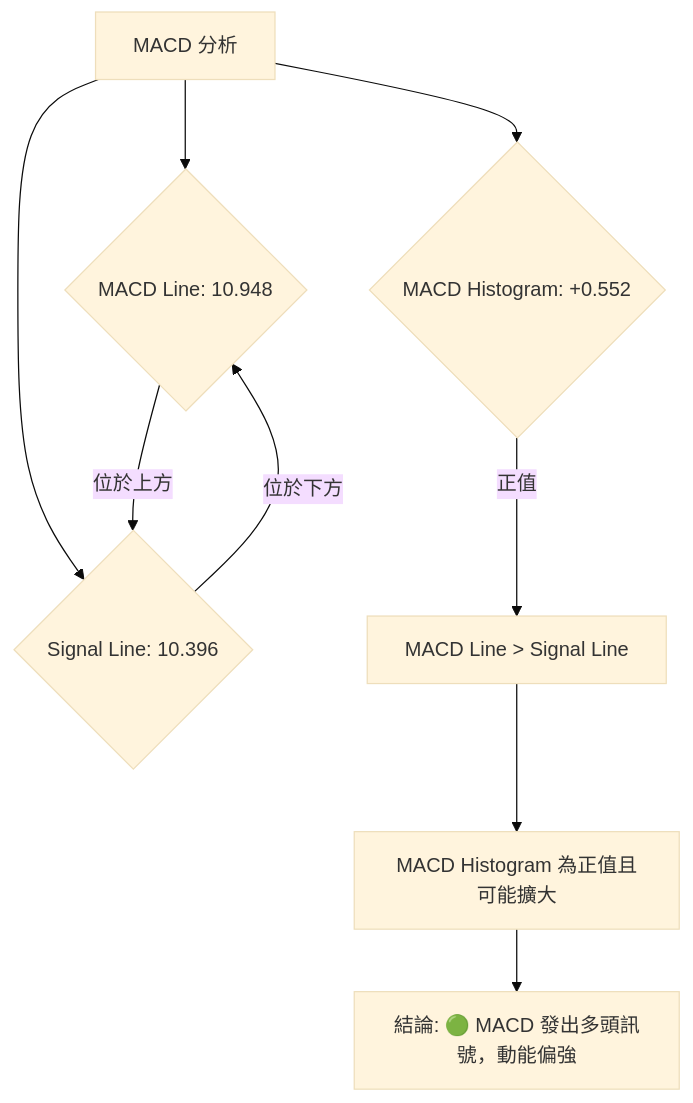
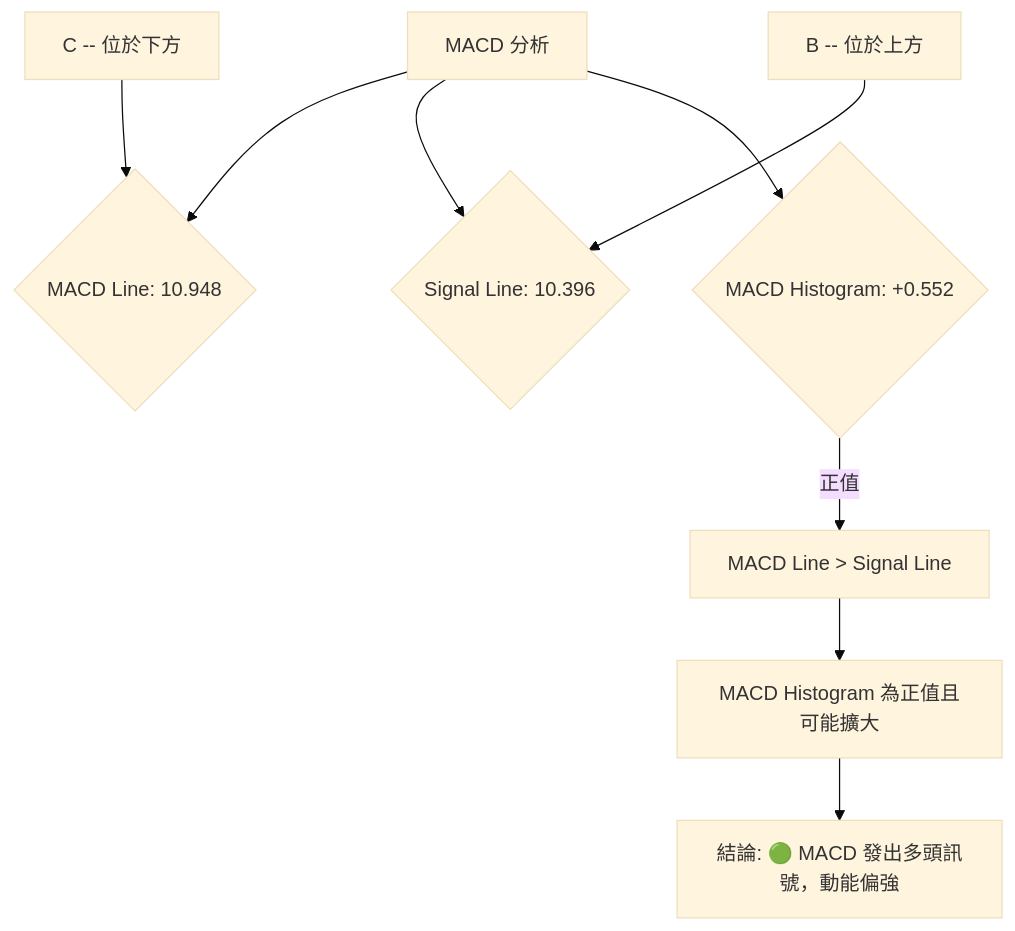
One commit to yennanliu/finance_data changed the eighth of 12 diagrams in ai_gen_report/stock/tsm/technical_analysis_2026-07-01_gemini.md. Above: the diagram before and after it, drawn with Mermaid (base theme). The commit also changed other lines of this file and 2258 other files, not shown here.

First line of the commit message:
chore: backfill Mermaid syntax repair across existing reports

````diff
--- a/ai_gen_report/stock/tsm/technical_analysis_2026-07-01_gemini.md
+++ b/ai_gen_report/stock/tsm/technical_analysis_2026-07-01_gemini.md
@@ -484,12 +484,12 @@
 ```mermaid
 graph TD
-    A[MACD 分析] --> B{MACD Line: 10.948}
-    A --> C{Signal Line: 10.396}
-    A --> D{MACD Histogram: +0.552}
+    A["MACD 分析"] --> B{"MACD Line: 10.948"}
+    A --> C{"Signal Line: 10.396"}
+    A --> D{"MACD Histogram: +0.552"}
 
-    B -- 位於上方 --> C
-    C -- 位於下方 --> B
-    D -- 正值 --> E[MACD Line > Signal Line]
-    E --> F[MACD Histogram 為正值且可能擴大]
-    F --> G[結論: 🟢 MACD 發出多頭訊號，動能偏強]
+    nb1["B -- 位於上方"] --> C
+    nb2["C -- 位於下方"] --> B
+    D -- 正值 --> E["MACD Line > Signal Line"]
+    E --> F["MACD Histogram 為正值且可能擴大"]
+    F --> G["結論: 🟢 MACD 發出多頭訊號，動能偏強"]
 ```
````
